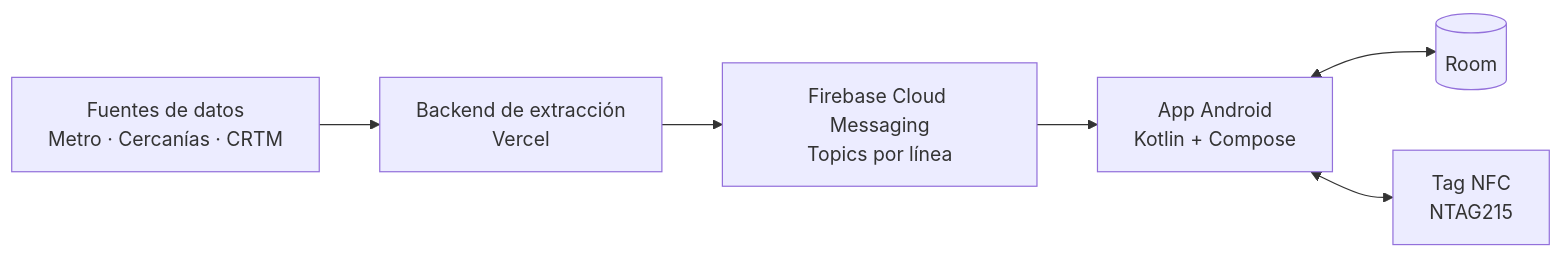
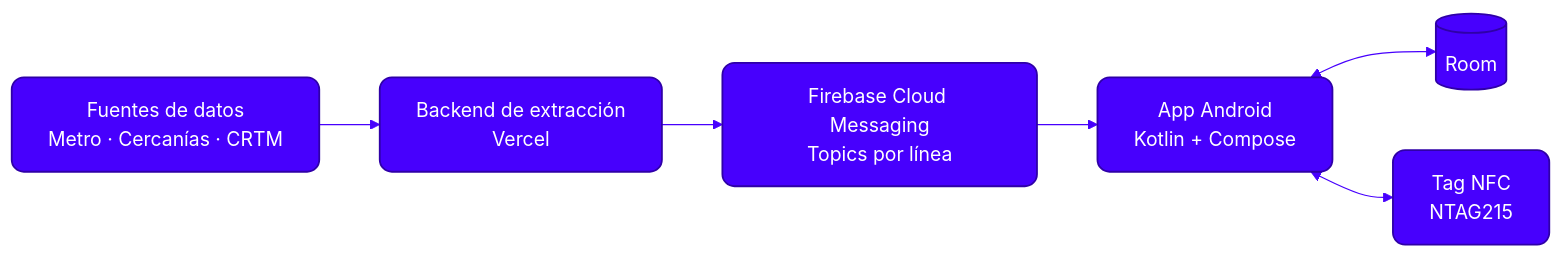
Before and after one commit to ag-hp/tranzit: the first of 2 diagrams in README.md, drawn with Mermaid. The commit also changed other lines of this file, not shown here.

````diff
--- a/README.md
+++ b/README.md
@@ -94,8 +96,12 @@
 ```mermaid
+%%{init: {'theme':'base','themeVariables':{'lineColor':'#4700FD','fontFamily':'Inter, Segoe UI, Arial, sans-serif'}}}%%
 flowchart LR
     A[Fuentes de datos<br/>Metro · Cercanías · CRTM] --> B[Backend de extracción<br/>Vercel]
     B --> C[Firebase Cloud Messaging<br/>Topics por línea]
     C --> D[App Android<br/>Kotlin + Compose]
     D <--> E[(Room)]
     D <--> F[Tag NFC<br/>NTAG215]
+
+    classDef azul fill:#4700FD,stroke:#2F00A8,stroke-width:1.5px,color:#fff,rx:10,ry:10
+    class A,B,C,D,E,F azul
 ```
````
